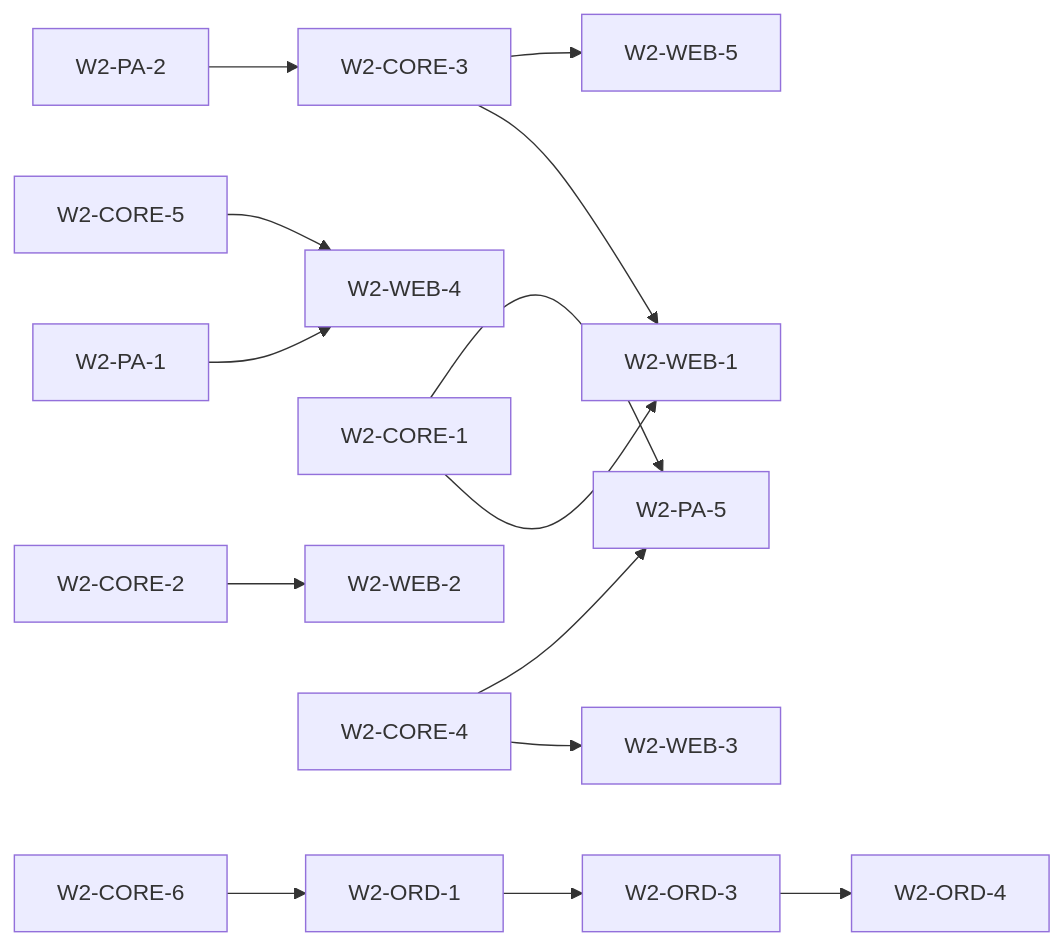
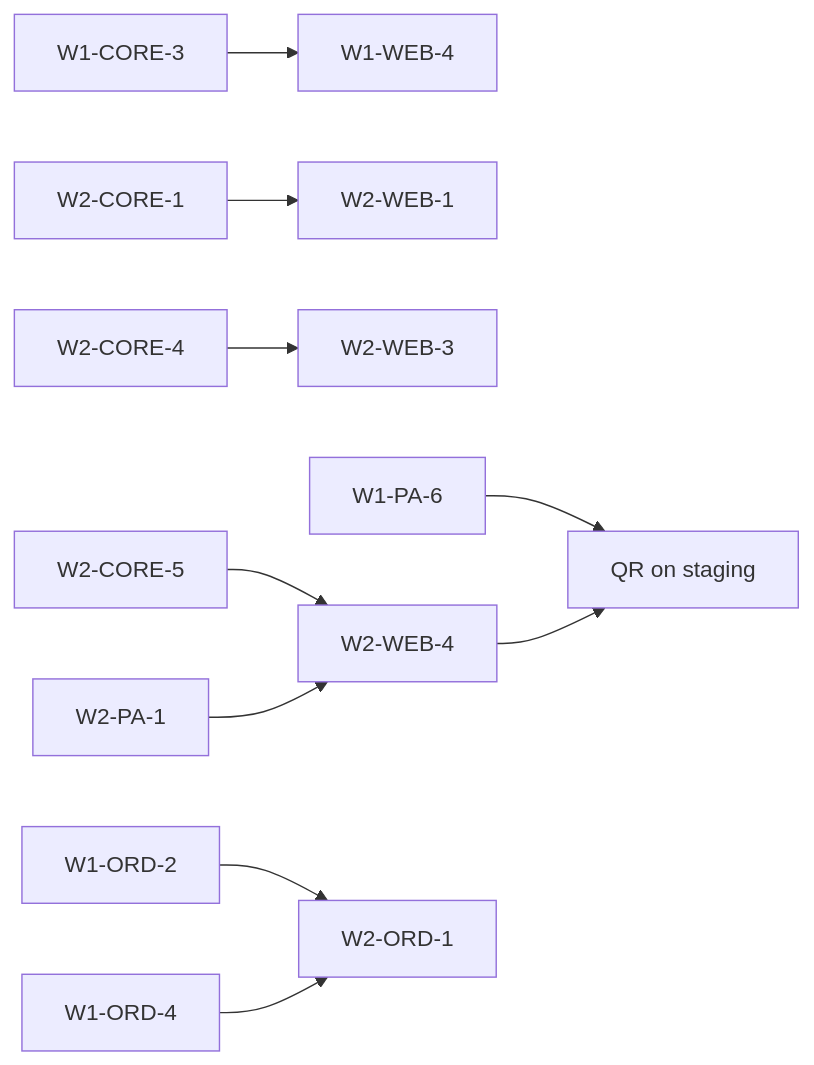
One commit to Tecso-Dev/sarmiz changed the diagram in docs/handoffs/week-2/README.md. Above: the diagram before and after it, drawn with Mermaid. The commit also changed other lines of this file and 79 other files, not shown here.

````diff
--- a/docs/handoffs/week-2/README.md
+++ b/docs/handoffs/week-2/README.md
@@ -62,16 +72,12 @@
 ```mermaid
 flowchart LR
-  PA2[W2-PA-2] --> CORE3[W2-CORE-3]
-  PA1[W2-PA-1] --> WEB4[W2-WEB-4]
+  CORE3[W1-CORE-3] --> WEB4a[W1-WEB-4]
   CORE1[W2-CORE-1] --> WEB1[W2-WEB-1]
-  CORE3 --> WEB1
-  CORE3 --> WEB5[W2-WEB-5]
-  CORE2[W2-CORE-2] --> WEB2[W2-WEB-2]
   CORE4[W2-CORE-4] --> WEB3[W2-WEB-3]
-  CORE5[W2-CORE-5] --> WEB4
-  CORE6[W2-CORE-6] --> ORD1[W2-ORD-1]
-  ORD1 --> ORD3[W2-ORD-3]
-  ORD3 --> ORD4[W2-ORD-4]
-  CORE1 --> PA5[W2-PA-5]
-  CORE4 --> PA5
+  CORE5[W2-CORE-5] --> WEB4[W2-WEB-4]
+  PA1[W2-PA-1] --> WEB4
+  PA6[W1-PA-6] --> DEMO[QR on staging]
+  WEB4 --> DEMO
+  ORD2[W1-ORD-2] --> ORD1[W2-ORD-1]
+  ORD4[W1-ORD-4] --> ORD1
 ```
````
